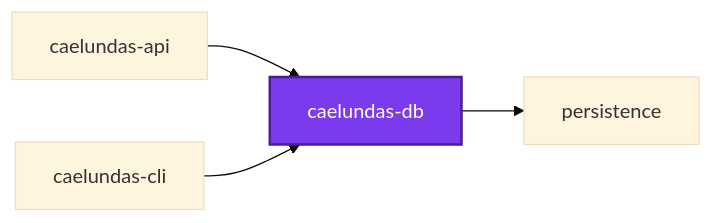
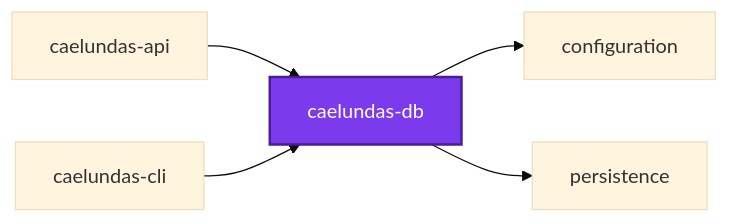
Before and after one commit to organizzolini/codebase: the first of 3 diagrams in projects/caelundas/caelundas-db/README.md, drawn with Mermaid (base theme). The commit also changed 207 other files, not shown here.

````diff
--- a/projects/caelundas/caelundas-db/README.md
+++ b/projects/caelundas/caelundas-db/README.md
@@ -157,12 +157,14 @@
 ```mermaid
 graph LR
   caelundas_api["caelundas-api"]
   caelundas_cli["caelundas-cli"]
   caelundas_db["caelundas-db"]
+  configuration["configuration"]
   persistence["persistence"]
   caelundas_api --> caelundas_db
   caelundas_cli --> caelundas_db
+  caelundas_db --> configuration
   caelundas_db --> persistence
   classDef subject fill:#7c3aed,color:#fff,stroke:#4c1d95,stroke-width:2px
   class caelundas_db subject
 ```
````
